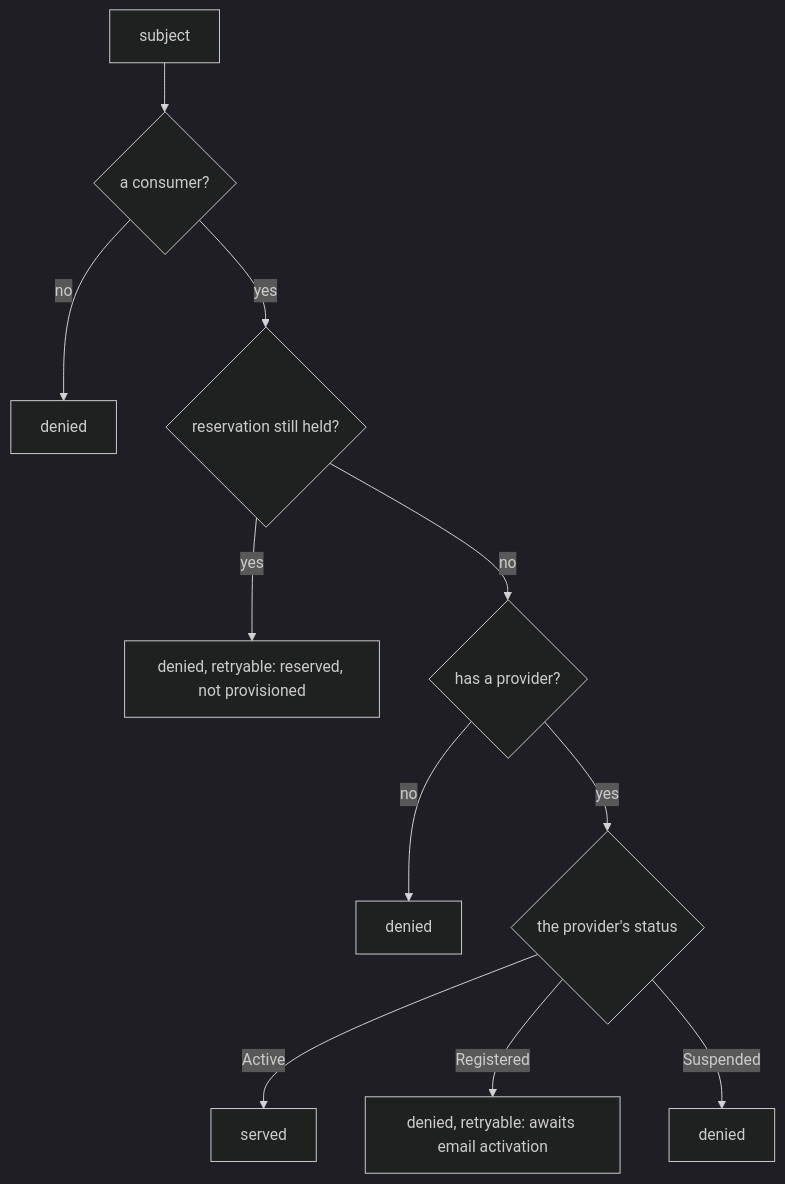
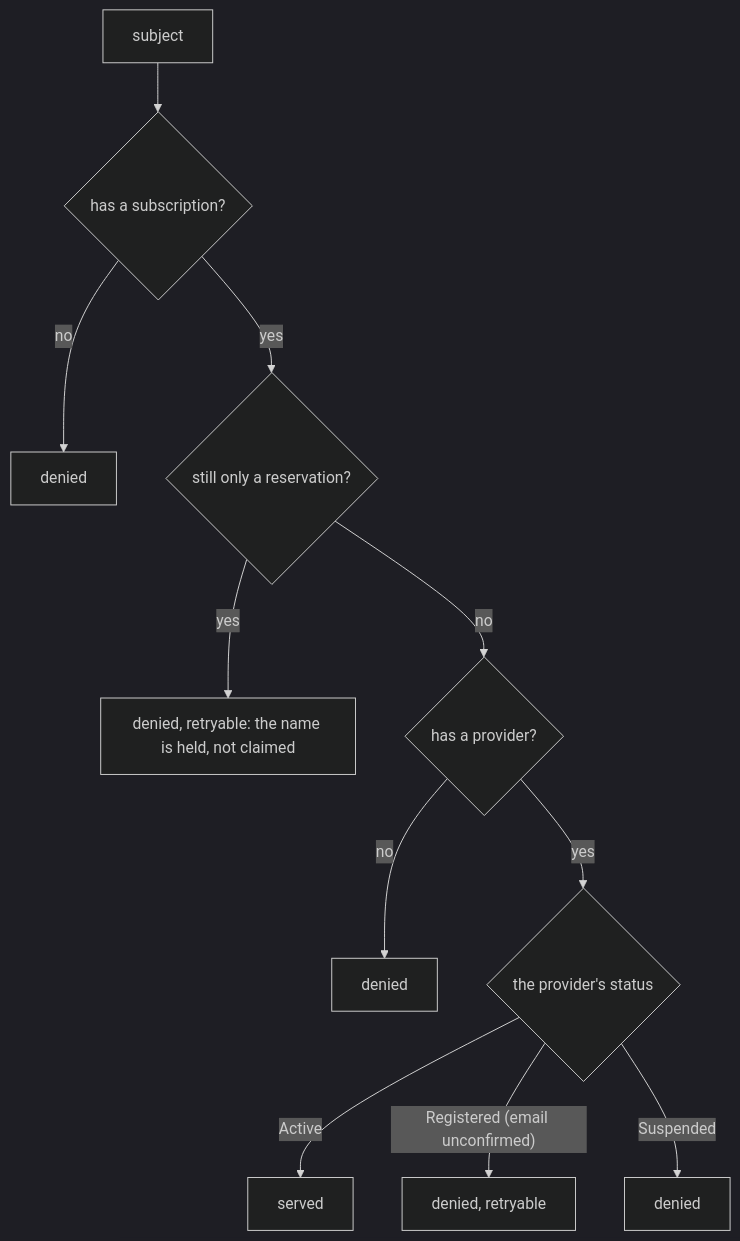
Before and after one commit to tonk-labs/tonk: the second of 3 diagrams in docs/access-control-schema.md, drawn with Mermaid (dark theme). The commit also changed other lines of this file, not shown here.

Commit message:
docs(access): follow the schema renames

````diff
--- a/docs/access-control-schema.md
+++ b/docs/access-control-schema.md
@@ -83,13 +83,13 @@
 ```mermaid
 flowchart TD
-    A["subject"] --> D{"a consumer?"}
+    A["subject"] --> D{"has a subscription?"}
     D -->|no| E["denied"]
-    D -->|yes| F{"reservation still held?"}
-    F -->|yes| G["denied, retryable: reserved, not provisioned"]
+    D -->|yes| F{"still only a reservation?"}
+    F -->|yes| G["denied, retryable: the name is held, not claimed"]
     F -->|no| H{"has a provider?"}
     H -->|no| I["denied"]
     H -->|yes| Z{"the provider's status"}
     Z -->|Active| K["served"]
-    Z -->|Registered| L["denied, retryable: awaits email activation"]
+    Z -->|"Registered (email unconfirmed)"| L["denied, retryable"]
     Z -->|Suspended| M["denied"]
 ```
````
